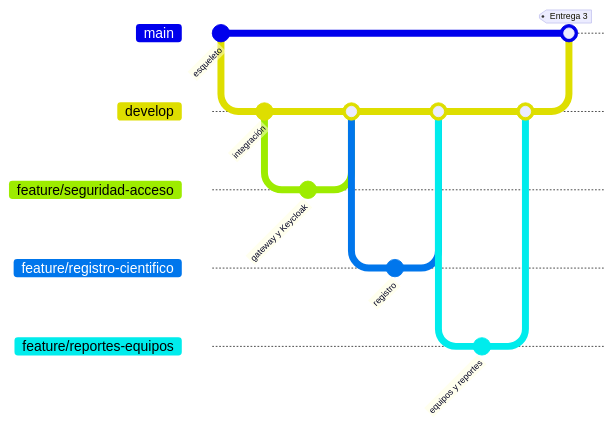
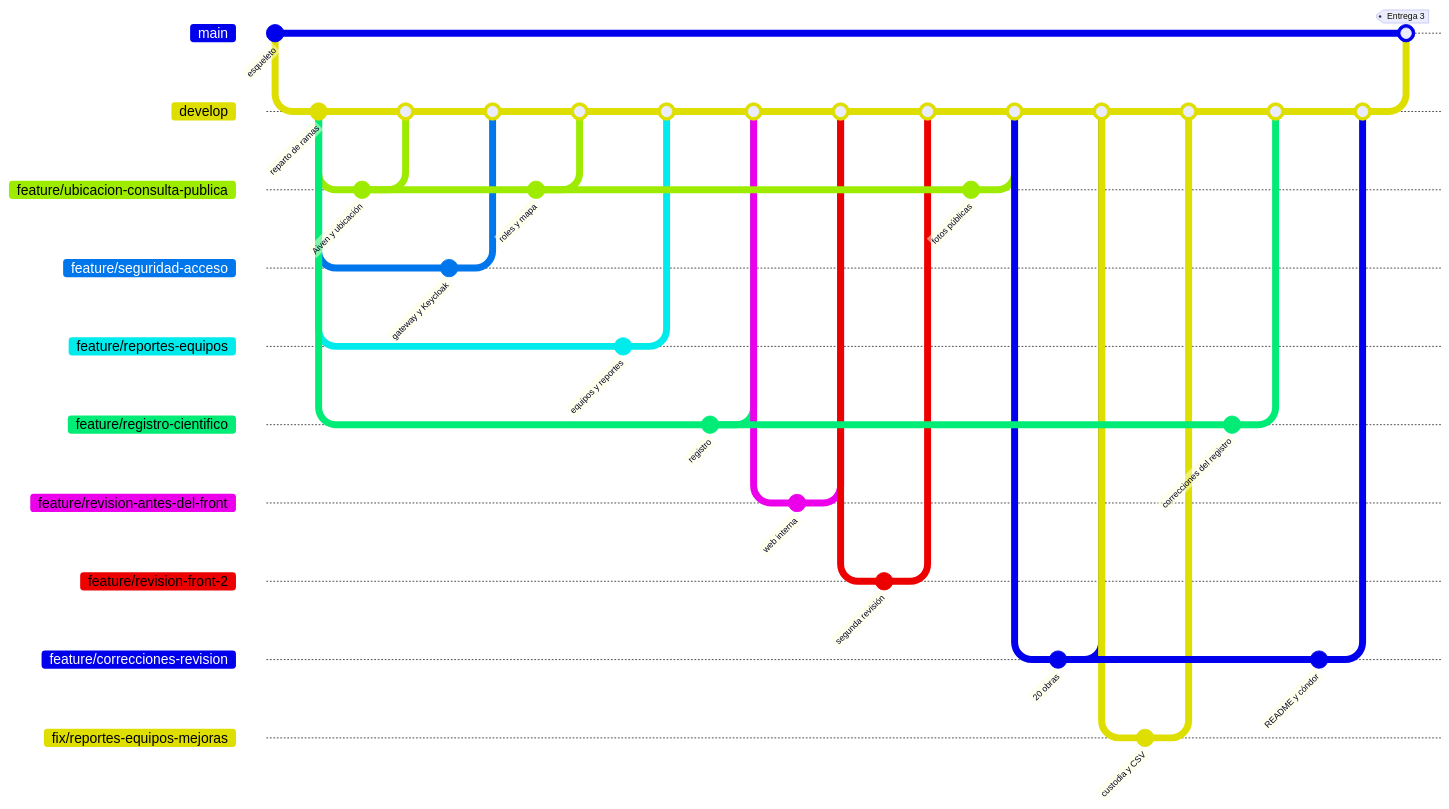
Before and after one commit to Chocax/BioHub: the second of 2 diagrams in README.md, drawn with Mermaid. The commit also changed other lines of this file and 3 other files, not shown here.

Commit message:
docs(repo): grafico de ramas real, reglas de main y develop, SECURITY.md y sembrar-demo sin etiquetas armadas

````diff
--- a/README.md
+++ b/README.md
@@ -414,21 +416,62 @@
 ```mermaid
+%%{init: {'gitGraph': {'mainBranchName': 'main', 'rotateCommitLabel': true}}}%%
 gitGraph
   commit id: "esqueleto"
   branch develop
   checkout develop
-  commit id: "integración"
+  commit id: "reparto de ramas"
+  branch feature/ubicacion-consulta-publica
   branch feature/seguridad-acceso
+  branch feature/reportes-equipos
+  branch feature/registro-cientifico
+  checkout feature/ubicacion-consulta-publica
+  commit id: "Aiven y ubicación"
+  checkout develop
+  merge feature/ubicacion-consulta-publica
+  checkout feature/seguridad-acceso
   commit id: "gateway y Keycloak"
   checkout develop
   merge feature/seguridad-acceso
-  branch feature/registro-cientifico
+  checkout feature/ubicacion-consulta-publica
+  commit id: "roles y mapa"
+  checkout develop
+  merge feature/ubicacion-consulta-publica
+  checkout feature/reportes-equipos
+  commit id: "equipos y reportes"
+  checkout develop
+  merge feature/reportes-equipos
+  checkout feature/registro-cientifico
   commit id: "registro"
   checkout develop
   merge feature/registro-cientifico
-  branch feature/reportes-equipos
-  commit id: "equipos y reportes"
+  branch feature/revision-antes-del-front
+  commit id: "web interna"
   checkout develop
-  merge feature/reportes-equipos
+  merge feature/revision-antes-del-front
+  branch feature/revision-front-2
+  commit id: "segunda revisión"
+  checkout develop
+  merge feature/revision-front-2
+  checkout feature/ubicacion-consulta-publica
+  commit id: "fotos públicas"
+  checkout develop
+  merge feature/ubicacion-consulta-publica
+  branch feature/correcciones-revision
+  commit id: "20 obras"
+  checkout develop
+  merge feature/correcciones-revision
+  branch fix/reportes-equipos-mejoras
+  commit id: "custodia y CSV"
+  checkout develop
+  merge fix/reportes-equipos-mejoras
+  checkout feature/registro-cientifico
+  commit id: "correcciones del registro"
+  checkout develop
+  merge feature/registro-cientifico
+  checkout feature/correcciones-revision
+  commit id: "README y cóndor"
+  checkout develop
+  merge feature/correcciones-revision
   checkout main
   merge develop tag: "Entrega 3"
 ```
````
